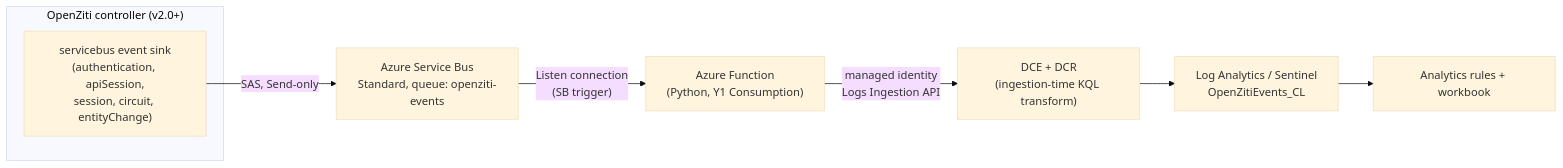
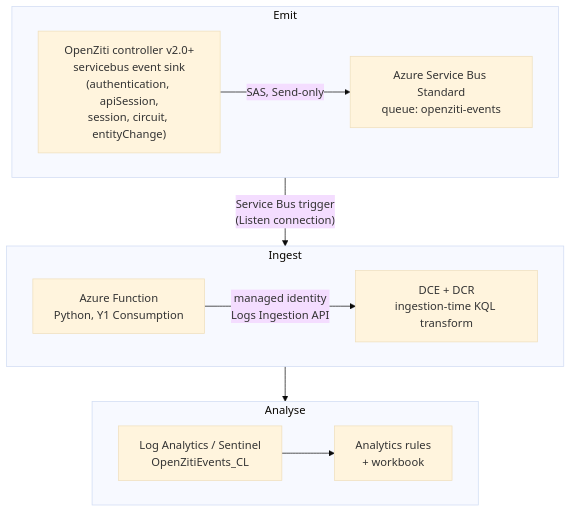
The diagram in docs/architecture.md (LukeEvansTech/openziti-azure-sentinel), drawn with Mermaid (base theme) before and after one commit. The commit also changed 2 other files, not shown here.

Commit message:
docs: restructure architecture diagram into stacked stage rows (#1)
Replaces the single-row flowchart LR (tiny labels, huge dead space) with
three stacked stage rows - Emit / Ingest / Analyse - matching the
how-it-works narrative. Same seven nodes and edges, one canonical
diagram across README, index, and architecture.

https://claude.ai/code/session_01PYqtjNQenbTQ3nGMfCkX4V

````diff
--- a/docs/architecture.md
+++ b/docs/architecture.md
@@ -29,11 +29,23 @@
 ```mermaid
-flowchart LR
-    subgraph ziti["OpenZiti controller (v2.0+)"]
-        sink["servicebus event sink<br/>(authentication, apiSession,<br/>session, circuit, entityChange)"]
+flowchart TB
+    subgraph emit["Emit"]
+        direction LR
+        sink["OpenZiti controller v2.0+<br/>servicebus event sink<br/>(authentication, apiSession,<br/>session, circuit, entityChange)"]
+        sb["Azure Service Bus Standard<br/>queue: openziti-events"]
+        sink -- "SAS, Send-only" --> sb
     end
-    sink -- "SAS, Send-only" --> sb["Azure Service Bus<br/>Standard, queue: openziti-events"]
-    sb -- "Listen connection<br/>(SB trigger)" --> fn["Azure Function<br/>(Python, Y1 Consumption)"]
-    fn -- "managed identity<br/>Logs Ingestion API" --> dcr["DCE + DCR<br/>(ingestion-time KQL transform)"]
-    dcr --> law["Log Analytics / Sentinel<br/>OpenZitiEvents_CL"]
-    law --> rules["Analytics rules + workbook"]
+    subgraph ingest["Ingest"]
+        direction LR
+        fn["Azure Function<br/>Python, Y1 Consumption"]
+        dcr["DCE + DCR<br/>ingestion-time KQL transform"]
+        fn -- "managed identity<br/>Logs Ingestion API" --> dcr
+    end
+    subgraph analyse["Analyse"]
+        direction LR
+        law["Log Analytics / Sentinel<br/>OpenZitiEvents_CL"]
+        rules["Analytics rules<br/>+ workbook"]
+        law --> rules
+    end
+    sb -- "Service Bus trigger<br/>(Listen connection)" --> fn
+    dcr --> law
 ```
````
